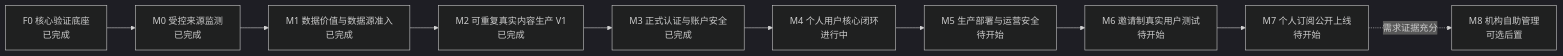
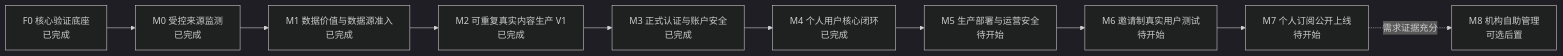
The diagram in docs/10-implementation-plan.md (daiphoon/dealflow-radar), drawn with Mermaid (dark theme) before and after one commit. The commit also changed other lines of this file and 2 other files, not shown here.

````diff
--- a/docs/10-implementation-plan.md
+++ b/docs/10-implementation-plan.md
@@ -23,12 +23,12 @@
 ```mermaid
 flowchart LR
     F0["F0 核心验证底座<br/>已完成"] --> M0["M0 受控来源监测<br/>已完成"]
     M0 --> M1["M1 数据价值与数据源准入<br/>已完成"]
     M1 --> M2["M2 可重复真实内容生产 V1<br/>已完成"]
     M2 --> M3["M3 正式认证与账户安全<br/>已完成"]
-    M3 --> M4["M4 个人用户核心闭环<br/>进行中"]
+    M3 --> M4["M4 个人用户核心闭环<br/>已完成"]
     M4 --> M5["M5 生产部署与运营安全<br/>待开始"]
     M5 --> M6["M6 邀请制真实用户测试<br/>待开始"]
     M6 --> M7["M7 个人订阅公开上线<br/>待开始"]
     M7 -."需求证据充分".-> M8["M8 机构自助管理<br/>可选后置"]
 ```
````
